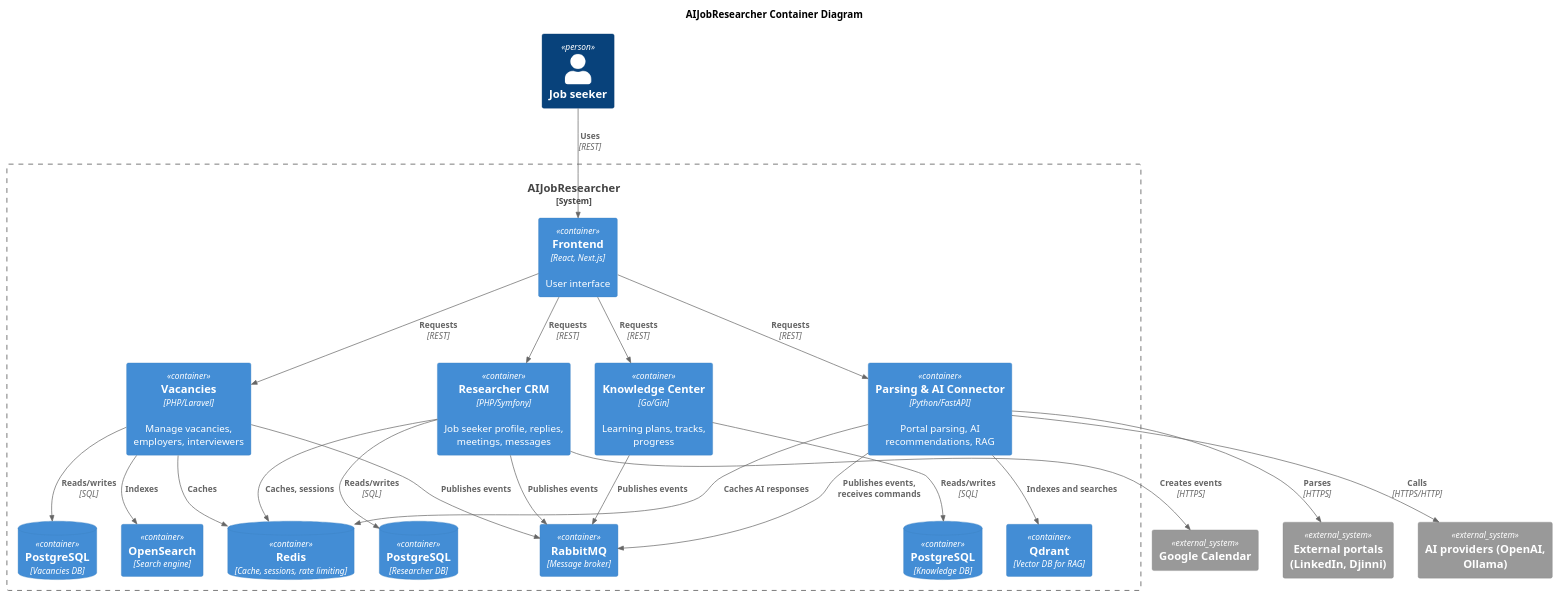
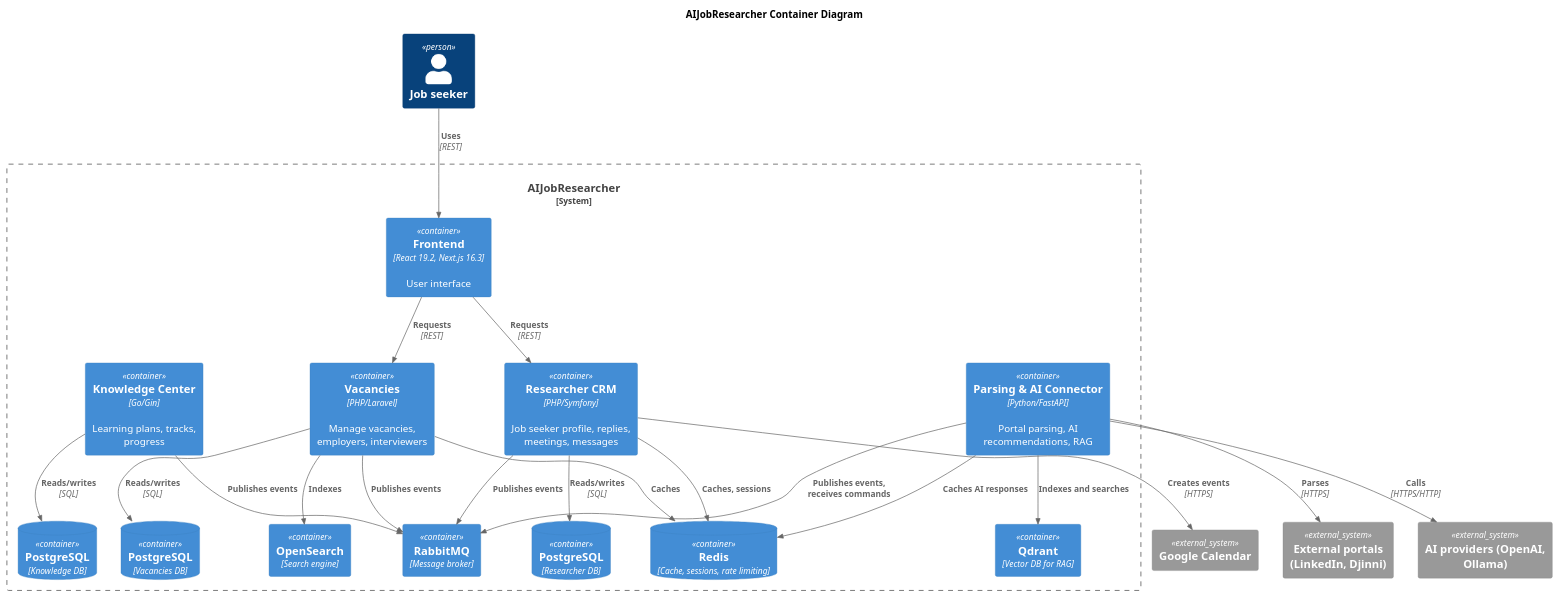
One commit to AIJobResearcher/docs changed the diagram in docs/c4/containers.puml. Above: the diagram before and after it, drawn with PlantUML. The commit also changed 21 other files, not shown here.

```diff
--- a/docs/c4/containers.puml
+++ b/docs/c4/containers.puml
@@ -1,54 +1,52 @@
 @startuml
 !include https://raw.githubusercontent.com/plantuml-stdlib/C4-PlantUML/master/C4_Container.puml
 
 title AIJobResearcher Container Diagram
 
 Person(seeker, "Job seeker")
 
 System_Boundary(platform, "AIJobResearcher") {
-    Container(frontend, "Frontend", "React, Next.js", "User interface")
+    Container(frontend, "Frontend", "React 19.2, Next.js 16.3", "User interface")
     Container(vacancies, "Vacancies", "PHP/Laravel", "Manage vacancies, employers, interviewers")
     Container(researcher_crm, "Researcher CRM", "PHP/Symfony", "Job seeker profile, replies, meetings, messages")
     Container(parsing_ai, "Parsing & AI Connector", "Python/FastAPI", "Portal parsing, AI recommendations, RAG")
     Container(knowledge, "Knowledge Center", "Go/Gin", "Learning plans, tracks, progress")
 
     ContainerDb(postgres_v, "PostgreSQL", "Vacancies DB")
     ContainerDb(postgres_r, "PostgreSQL", "Researcher DB")
     ContainerDb(postgres_k, "PostgreSQL", "Knowledge DB")
     ContainerDb(redis, "Redis", "Cache, sessions, rate limiting")
     Container(rabbitmq, "RabbitMQ", "Message broker")
     Container(opensearch, "OpenSearch", "Search engine")
     Container(qdrant, "Qdrant", "Vector DB for RAG")
 }
 
 System_Ext(portal, "External portals (LinkedIn, Djinni)")
 System_Ext(ai_provider, "AI providers (OpenAI, Ollama)")
 System_Ext(calendar, "Google Calendar")
 
 Rel(seeker, frontend, "Uses", "REST")
 Rel(frontend, vacancies, "Requests", "REST")
 Rel(frontend, researcher_crm, "Requests", "REST")
-Rel(frontend, parsing_ai, "Requests", "REST")
-Rel(frontend, knowledge, "Requests", "REST")
 
 Rel(vacancies, postgres_v, "Reads/writes", "SQL")
 Rel(researcher_crm, postgres_r, "Reads/writes", "SQL")
 Rel(knowledge, postgres_k, "Reads/writes", "SQL")
 
 Rel(vacancies, redis, "Caches")
 Rel(researcher_crm, redis, "Caches, sessions")
 Rel(parsing_ai, redis, "Caches AI responses")
 
 Rel(vacancies, rabbitmq, "Publishes events")
 Rel(researcher_crm, rabbitmq, "Publishes events")
 Rel(parsing_ai, rabbitmq, "Publishes events, receives commands")
 Rel(knowledge, rabbitmq, "Publishes events")
 
 Rel(vacancies, opensearch, "Indexes")
 Rel(parsing_ai, qdrant, "Indexes and searches")
 
 Rel(parsing_ai, portal, "Parses", "HTTPS")
 Rel(parsing_ai, ai_provider, "Calls", "HTTPS/HTTP")
 Rel(researcher_crm, calendar, "Creates events", "HTTPS")
 
 @enduml
```
